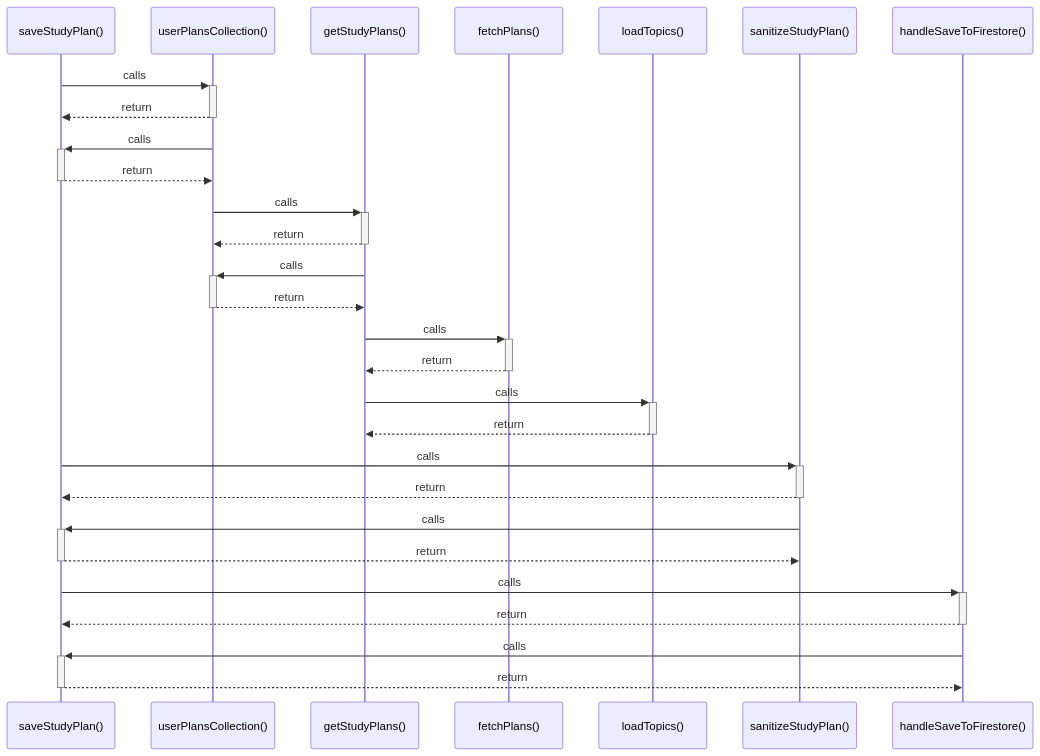
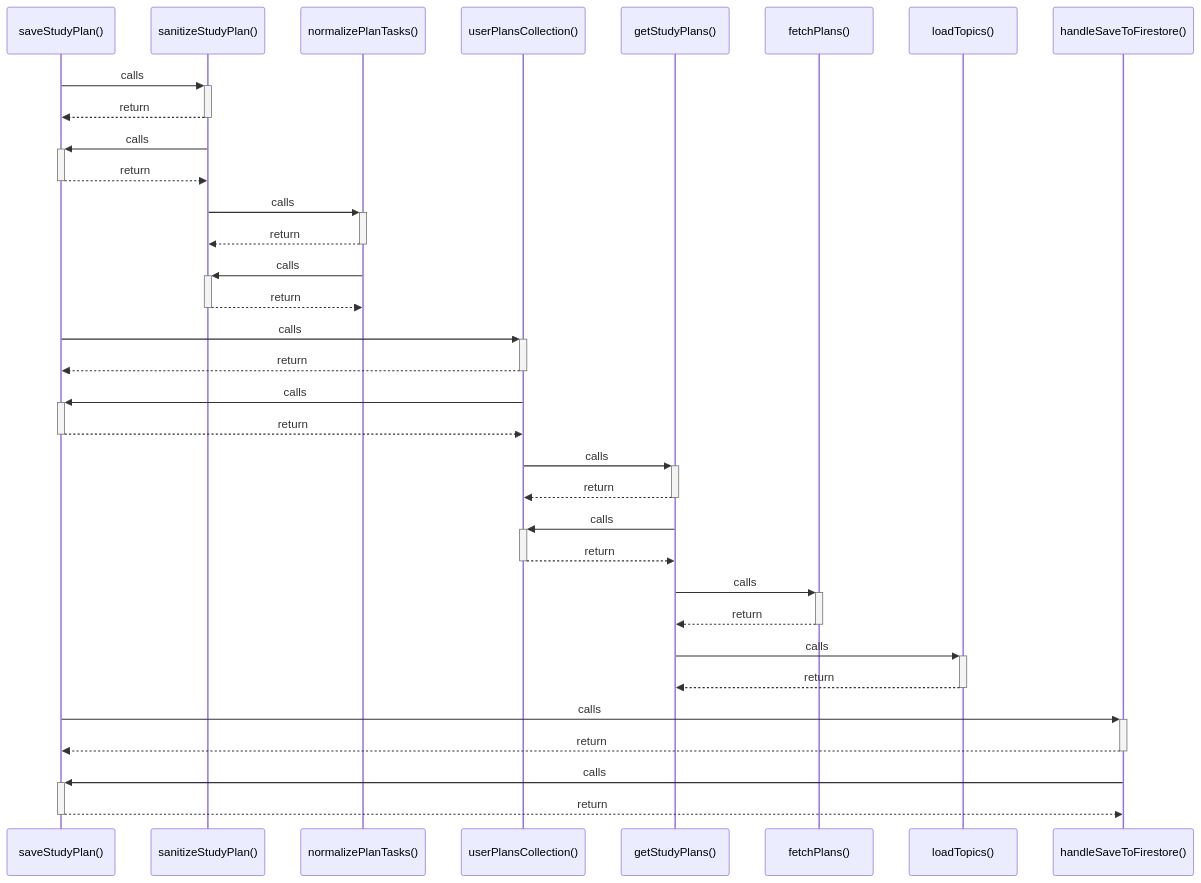
The diagram in src/graphify-out/wiki/saveStudyPlan().md (Exselsa/studysync-ai), drawn with Mermaid before and after one commit. The commit also changed other lines of this file and 23 other files, not shown here.

Commit message:
fix: canonical study plan normalization across api, firestore, and ui

````diff
--- a/src/graphify-out/wiki/saveStudyPlan().md
+++ b/src/graphify-out/wiki/saveStudyPlan().md
@@ -7,30 +7,35 @@
 ```mermaid
 sequenceDiagram
     participant P0 as saveStudyPlan()
-    participant P1 as userPlansCollection()
-    participant P2 as getStudyPlans()
-    participant P3 as fetchPlans()
-    participant P4 as loadTopics()
-    participant P5 as sanitizeStudyPlan()
-    participant P6 as handleSaveToFirestore()
+    participant P1 as sanitizeStudyPlan()
+    participant P2 as normalizePlanTasks()
+    participant P3 as userPlansCollection()
+    participant P4 as getStudyPlans()
+    participant P5 as fetchPlans()
+    participant P6 as loadTopics()
+    participant P7 as handleSaveToFirestore()
     P0->>+ P1: calls
     P1-->>- P0: return
     P1->>+ P0: calls
     P0-->>- P1: return
     P1->>+ P2: calls
     P2-->>- P1: return
     P2->>+ P1: calls
     P1-->>- P2: return
-    P2->>+ P3: calls
-    P3-->>- P2: return
-    P2->>+ P4: calls
-    P4-->>- P2: return
-    P0->>+ P5: calls
-    P5-->>- P0: return
-    P5->>+ P0: calls
-    P0-->>- P5: return
-    P0->>+ P6: calls
-    P6-->>- P0: return
-    P6->>+ P0: calls
-    P0-->>- P6: return
+    P0->>+ P3: calls
+    P3-->>- P0: return
+    P3->>+ P0: calls
+    P0-->>- P3: return
+    P3->>+ P4: calls
+    P4-->>- P3: return
+    P4->>+ P3: calls
+    P3-->>- P4: return
+    P4->>+ P5: calls
+    P5-->>- P4: return
+    P4->>+ P6: calls
+    P6-->>- P4: return
+    P0->>+ P7: calls
+    P7-->>- P0: return
+    P7->>+ P0: calls
+    P0-->>- P7: return
 ```
````
